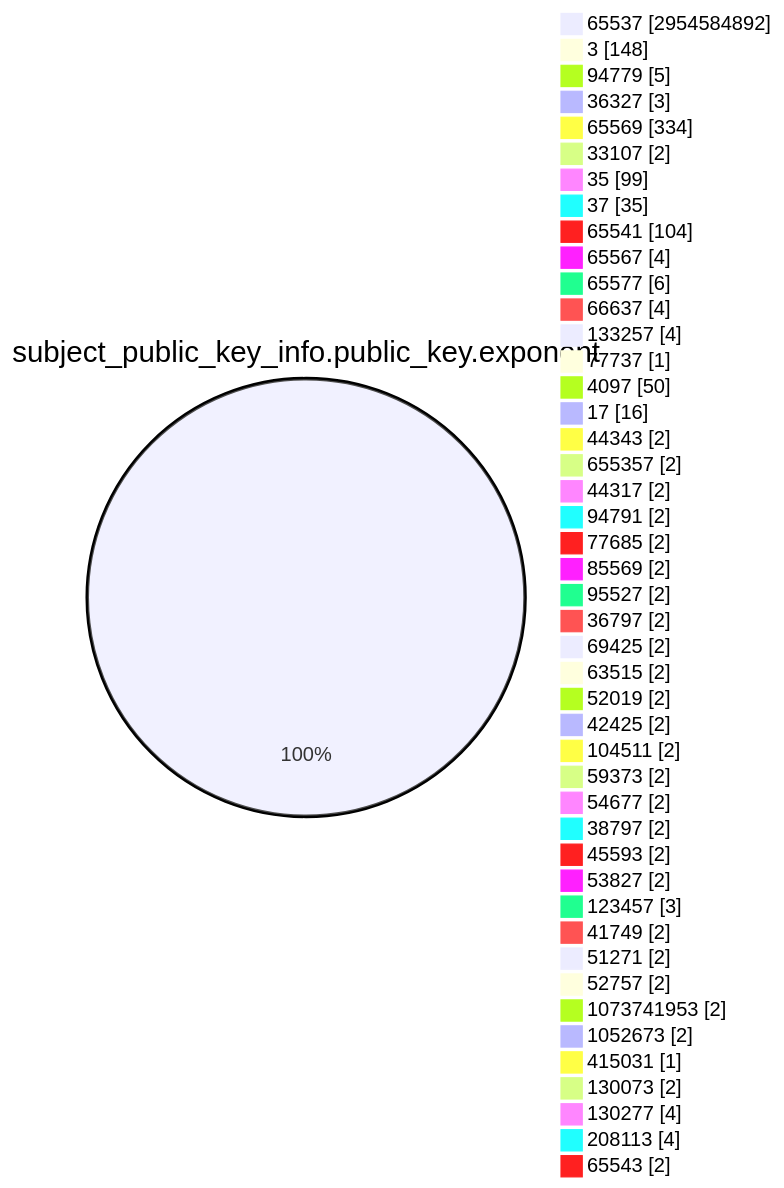
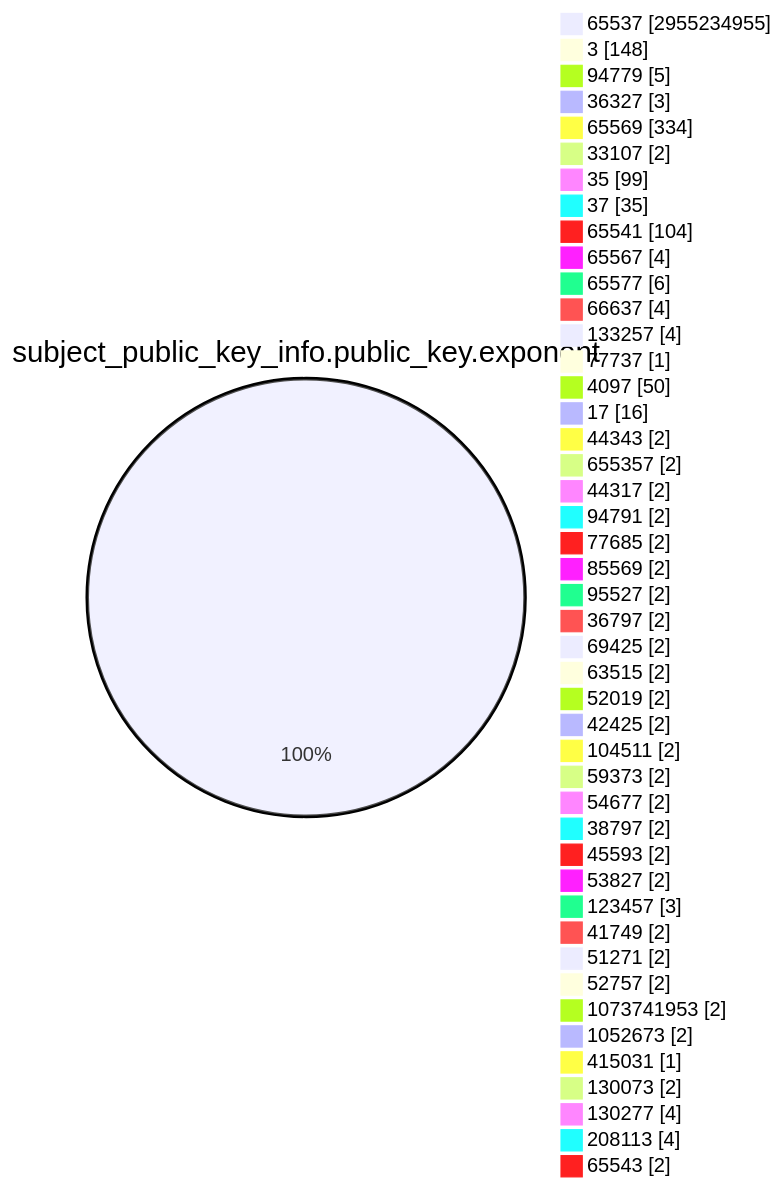
The fourth of 15 diagrams in TOTAL/README.md (christiankrug/ctmonitor_visualization), drawn with Mermaid before and after one commit. The commit also changed other lines of this file, not shown here.

````diff
--- a/TOTAL/README.md
+++ b/TOTAL/README.md
@@ -1471,49 +1471,49 @@
 ```mermaid
 pie showData
 title subject_public_key_info.public_key.exponent
-"65537" :2954584892
+"65537" :2955234955
 "3" :148
 "94779" :5
 "36327" :3
 "65569" :334
 "33107" :2
 "35" :99
 "37" :35
 "65541" :104
 "65567" :4
 "65577" :6
 "66637" :4
 "133257" :4
 "77737" :1
 "4097" :50
 "17" :16
 "44343" :2
 "655357" :2
 "44317" :2
 "94791" :2
 "77685" :2
 "85569" :2
 "95527" :2
 "36797" :2
 "69425" :2
 "63515" :2
 "52019" :2
 "42425" :2
 "104511" :2
 "59373" :2
 "54677" :2
 "38797" :2
 "45593" :2
 "53827" :2
 "123457" :3
 "41749" :2
 "51271" :2
 "52757" :2
 "1073741953" :2
 "1052673" :2
 "415031" :1
 "130073" :2
 "130277" :4
 "208113" :4
 "65543" :2
 ```
````
